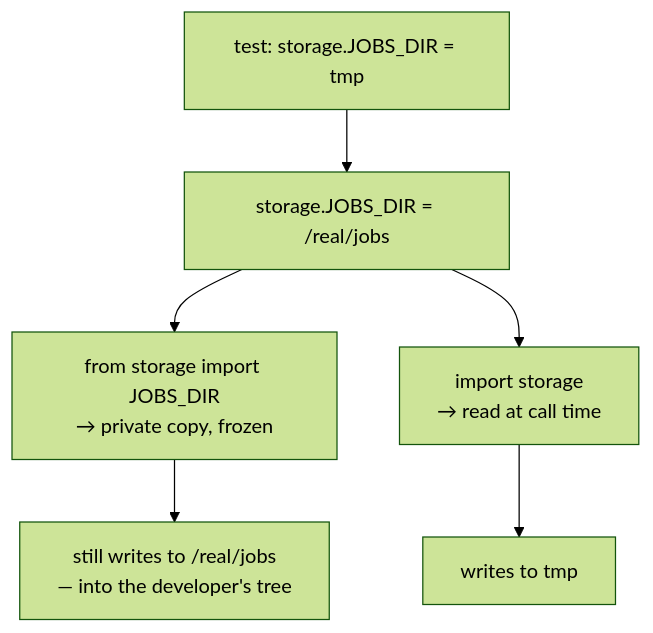
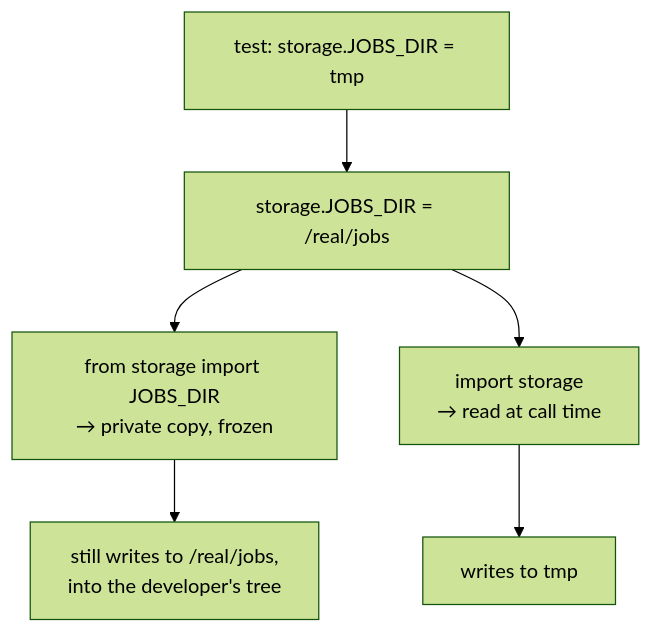
One commit to jennarbates/StratigraphyGenerator changed the diagram in docs/cs/late-binding-vs-import-time-binding.md. Above: the diagram before and after it, drawn with Mermaid (forest theme). The commit also changed other lines of this file and 309 other files, not shown here.

````diff
--- a/docs/cs/late-binding-vs-import-time-binding.md
+++ b/docs/cs/late-binding-vs-import-time-binding.md
@@ -48,9 +48,9 @@
 ```mermaid
 flowchart TB
   S["storage.JOBS_DIR = /real/jobs"]
   S --> A["from storage import JOBS_DIR<br/>→ private copy, frozen"]
   S --> B["import storage<br/>→ read at call time"]
   T["test: storage.JOBS_DIR = tmp"] --> S
-  A --> W["still writes to /real/jobs<br/>— into the developer's tree"]
+  A --> W["still writes to /real/jobs,<br/>into the developer's tree"]
   B --> R["writes to tmp"]
 ```
````
